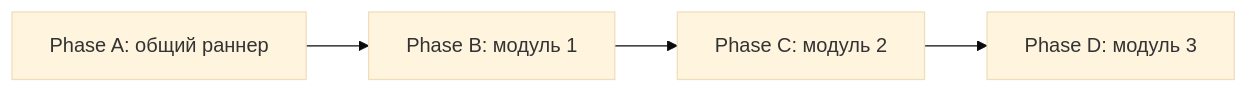
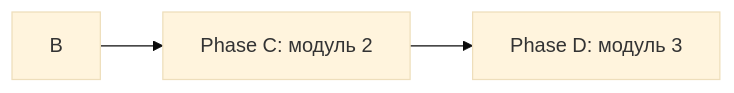
Before and after one commit to MeltedOperator/OOP_site: the second of 2 diagrams in workspace/2026/OOP_20261029-184453_RT/HL-OOP_20261029-184453_RT.md, drawn with Mermaid (base theme). The commit also changed other lines of this file, not shown here.

Commit message:
[codex/OOP_20261029-184453_RT/freeze/coordinator] freeze waiver of Phase A runtime gate

````diff
--- a/workspace/2026/OOP_20261029-184453_RT/HL-OOP_20261029-184453_RT.md
+++ b/workspace/2026/OOP_20261029-184453_RT/HL-OOP_20261029-184453_RT.md
@@ -111,6 +108,5 @@
 ```mermaid
 graph LR
-  A[Phase A: общий раннер] --> B[Phase B: модуль 1]
   B --> C[Phase C: модуль 2]
   C --> D[Phase D: модуль 3]
 ```
````
